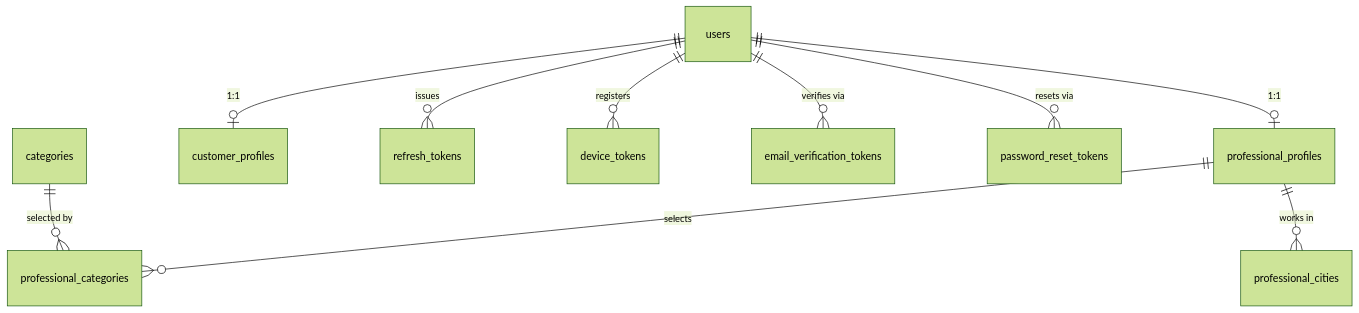
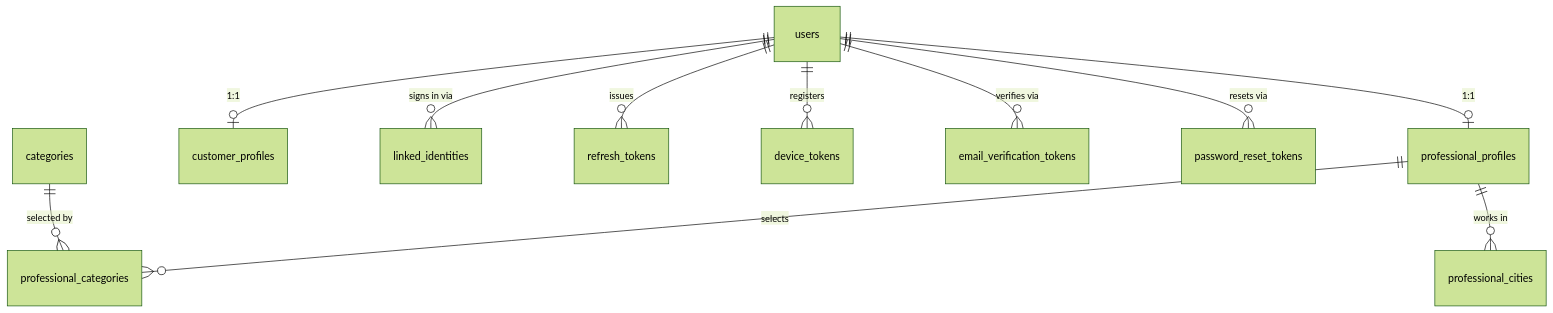
One commit to Iarylkin/proFinder_backend changed the second of 8 diagrams in docs/6 - Database Schema.md. Above: the diagram before and after it, drawn with Mermaid (forest theme). The commit also changed other lines of this file and 8 other files, not shown here.

Commit message:
docs: keep only authentication in users, move personal data to profiles, add linked identities

````diff
--- a/docs/6 - Database Schema.md
+++ b/docs/6 - Database Schema.md
@@ -64,12 +64,13 @@
 ```mermaid
 erDiagram
     users ||--o| professional_profiles : "1:1"
     users ||--o| customer_profiles : "1:1"
+    users ||--o{ linked_identities : "signs in via"
     users ||--o{ refresh_tokens : issues
     users ||--o{ device_tokens : registers
     users ||--o{ email_verification_tokens : "verifies via"
     users ||--o{ password_reset_tokens : "resets via"
     professional_profiles ||--o{ professional_categories : selects
     professional_profiles ||--o{ professional_cities : "works in"
     categories ||--o{ professional_categories : "selected by"
 ```
````
